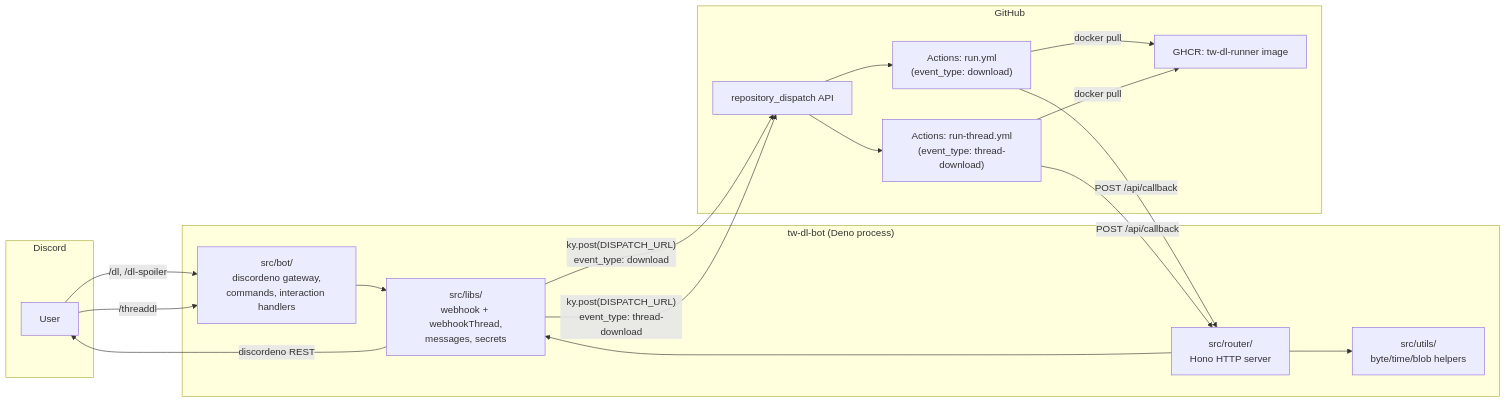
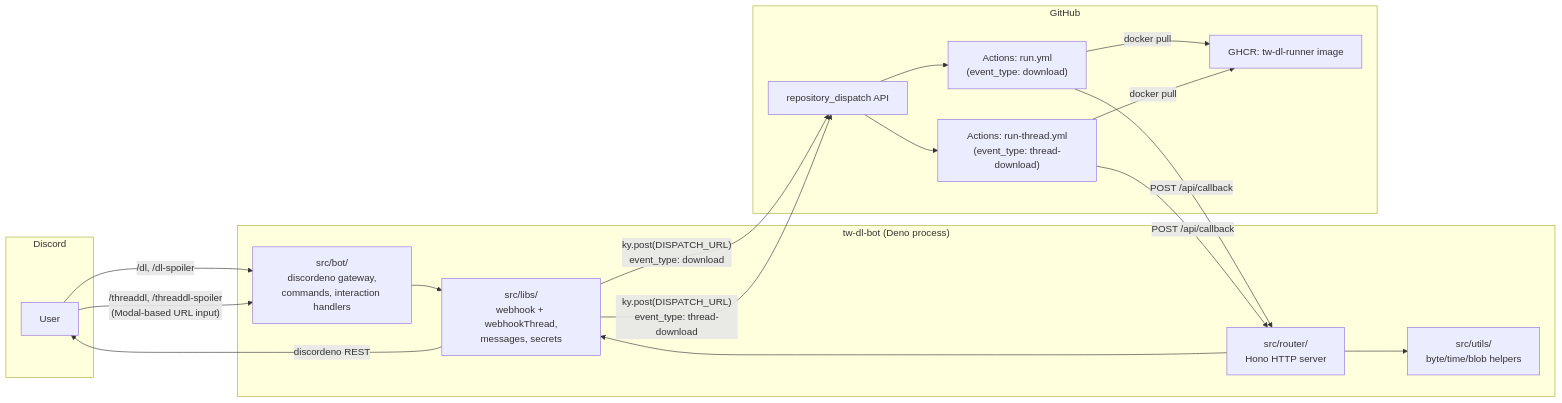
Before and after one commit to redpeacock78/tw-dl-bot: the third of 3 diagrams in docs/architecture.md, drawn with Mermaid. The commit also changed other lines of this file and 3 other files, not shown here.

First line of the commit message:
docs: reflect Modal-based /threaddl + /threaddl-spoiler from PR #9

````diff
--- a/docs/architecture.md
+++ b/docs/architecture.md
@@ -71,35 +76,35 @@
 ```mermaid
 flowchart LR
     subgraph Discord
         U[User]
     end
 
     subgraph Bot["tw-dl-bot (Deno process)"]
         BOT["src/bot/<br/>discordeno gateway,<br/>commands, interaction handlers"]
         ROUTER["src/router/<br/>Hono HTTP server"]
         LIBS["src/libs/<br/>webhook + webhookThread,<br/>messages, secrets"]
         UTILS["src/utils/<br/>byte/time/blob helpers"]
     end
 
     subgraph GitHub["GitHub"]
         DISPATCH["repository_dispatch API"]
         ACT1["Actions: run.yml<br/>(event_type: download)"]
         ACT2["Actions: run-thread.yml<br/>(event_type: thread-download)"]
         IMG["GHCR: tw-dl-runner image"]
     end
 
     U -- "/dl, /dl-spoiler" --> BOT
-    U -- "/threaddl" --> BOT
+    U -- "/threaddl, /threaddl-spoiler<br/>(Modal-based URL input)" --> BOT
     BOT --> LIBS
     LIBS -- "ky.post(DISPATCH_URL)<br/>event_type: download" --> DISPATCH
     LIBS -- "ky.post(DISPATCH_URL)<br/>event_type: thread-download" --> DISPATCH
     DISPATCH --> ACT1
     DISPATCH --> ACT2
     ACT1 -- "docker pull" --> IMG
     ACT2 -- "docker pull" --> IMG
     ACT1 -- "POST /api/callback" --> ROUTER
     ACT2 -- "POST /api/callback" --> ROUTER
     ROUTER --> LIBS
     ROUTER --> UTILS
     LIBS -- "discordeno REST" --> U
 ```
````
